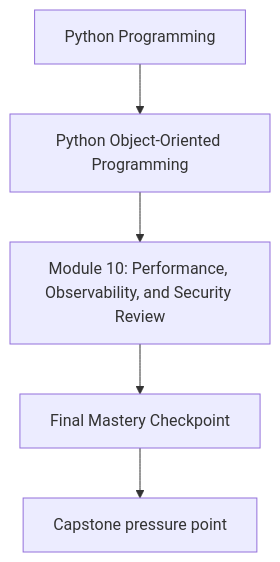
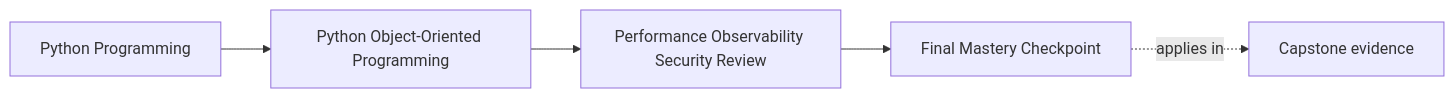
The first of 2 diagrams in programs/python-programming/python-object-oriented-programming/course-book/module-10-performance-observability-security-review/final-mastery-checkpoint.md (bijux/bijux-masterclass), drawn with Mermaid before and after one commit. The commit also changed other lines of this file and 103 other files, not shown here.

Commit message:
docs(python-object-oriented-programming): map sustainment and capstone surfaces

````diff
--- a/programs/python-programming/python-object-oriented-programming/course-book/module-10-performance-observability-security-review/final-mastery-checkpoint.md
+++ b/programs/python-programming/python-object-oriented-programming/course-book/module-10-performance-observability-security-review/final-mastery-checkpoint.md
@@ -7,7 +7,11 @@
 ```mermaid
-flowchart TD
-  family["Python Programming"] --> program["Python Object-Oriented Programming"]
-  program --> module["Module 10: Performance, Observability, and Security Review"]
-  module --> concept["Final Mastery Checkpoint"]
-  concept --> capstone["Capstone pressure point"]
+graph LR
+  family["Python Programming"]
+  program["Python Object-Oriented Programming"]
+  section["Performance Observability Security Review"]
+  page["Final Mastery Checkpoint"]
+  capstone["Capstone evidence"]
+
+  family --> program --> section --> page
+  page -.applies in.-> capstone
 ```
````
